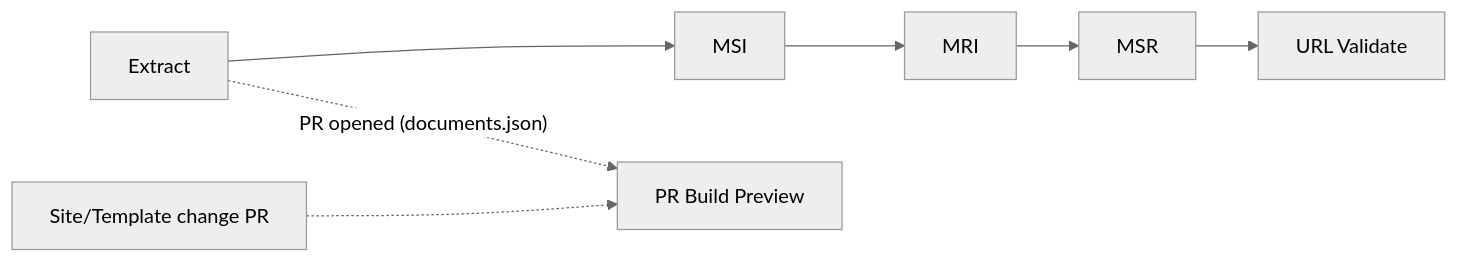
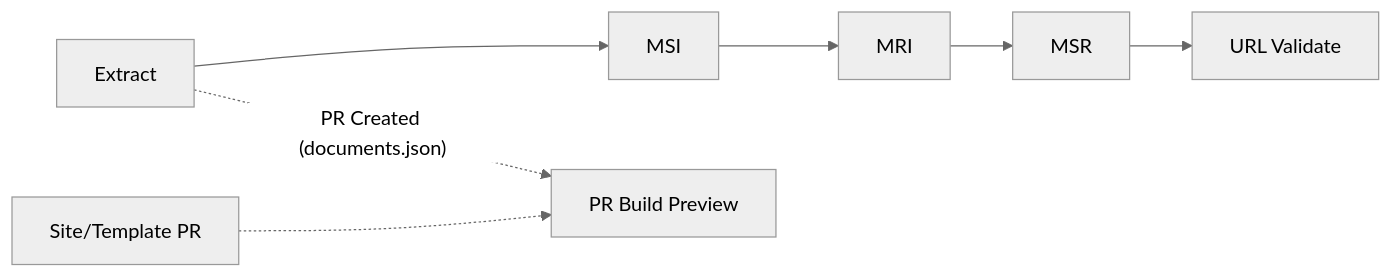
One commit to SteveLLamb/mediastandards-registry changed the diagram in README.md. Above: the diagram before and after it, drawn with Mermaid (neutral theme). The commit also changed other lines of this file, not shown here.

Commit message:
update graphs

````diff
--- a/README.md
+++ b/README.md
@@ -47,11 +47,11 @@
 ```mermaid
 graph LR
   A[Extract] --> B[MSI]
   B --> C[MRI]
   C --> D[MSR]
   D --> E[URL Validate]
 
   %% PR preview paths (dotted lines indicate PR-triggered previews)
-  A -. "PR opened (documents.json)" .-> P[PR Build Preview]
-  S[Site/Template change PR] -.-> P
+  A -. "PR Created (documents.json)" .-> P[PR Build Preview]
+  S[Site/Template PR] -.-> P
 ```
````
